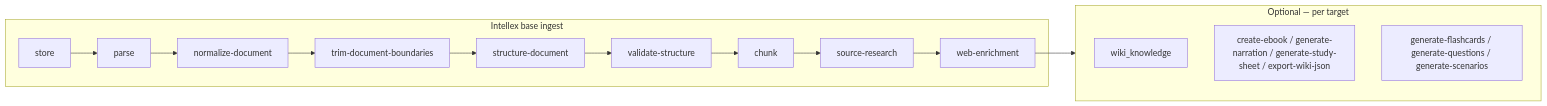
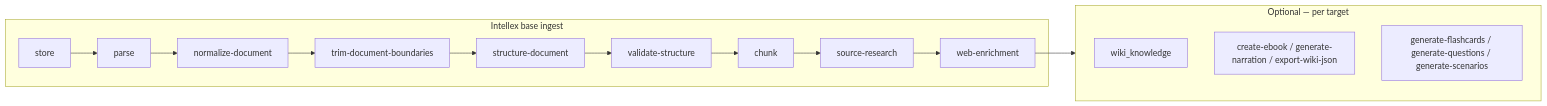
The fourth of 6 diagrams in README.md (lucas-spitzer/arsenal), drawn with Mermaid before and after one commit. The commit also changed other lines of this file and 104 other files, not shown here.

````diff
--- a/README.md
+++ b/README.md
@@ -135,15 +135,15 @@
 ```mermaid
 flowchart LR
     subgraph base["Intellex base ingest"]
         S1[store] --> S2[parse] --> S3[normalize-document] --> S4[trim-document-boundaries] --> S5[structure-document] --> S6[validate-structure] --> S7[chunk] --> S8[source-research] --> S9[web-enrichment]
     end
 
     subgraph optional["Optional — per target"]
         direction TB
         W1[wiki_knowledge]
-        M1[create-ebook / generate-narration / generate-study-sheet / export-wiki-json]
+        M1[create-ebook / generate-narration / export-wiki-json]
         Q1[generate-flashcards / generate-questions / generate-scenarios]
     end
 
     S9 --> optional
 ```
````
